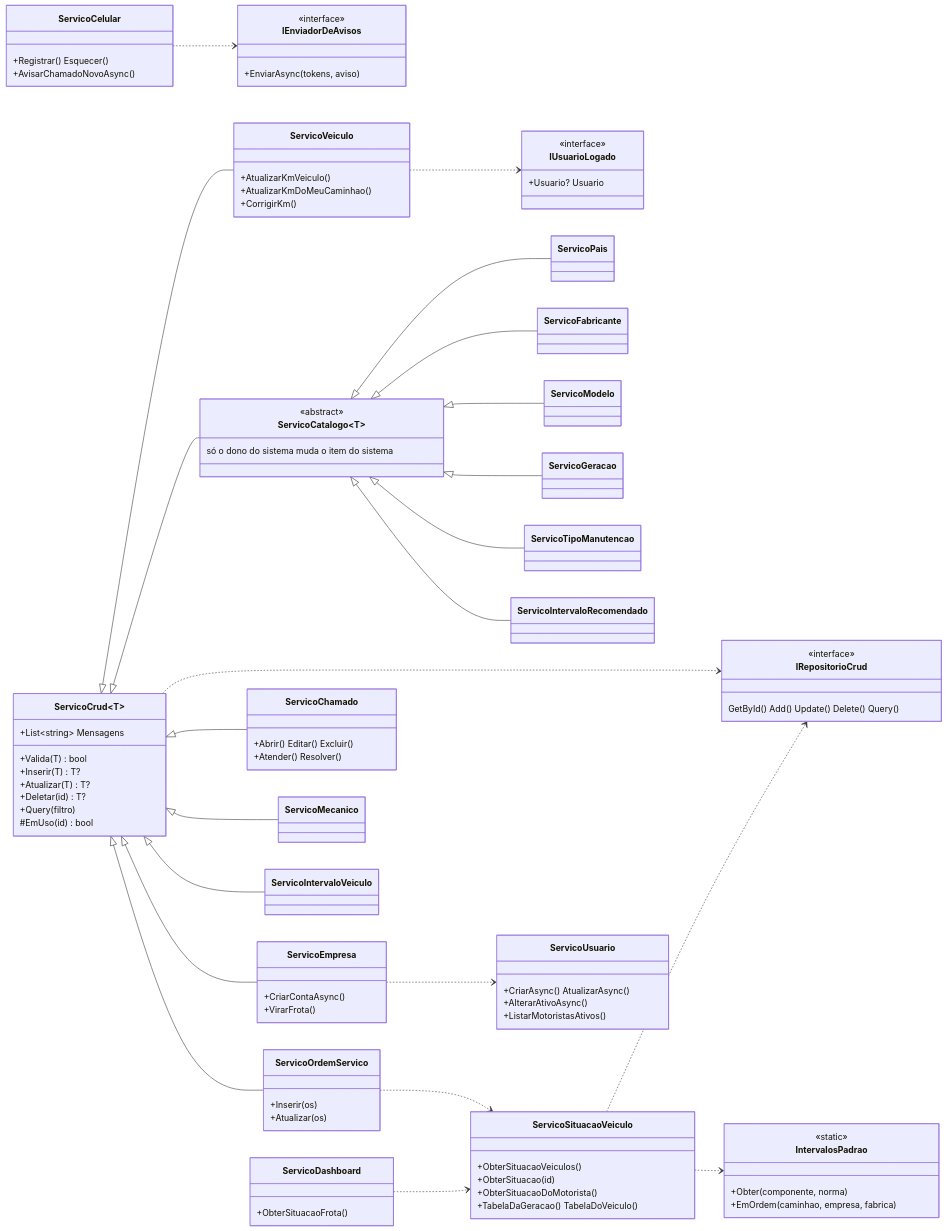
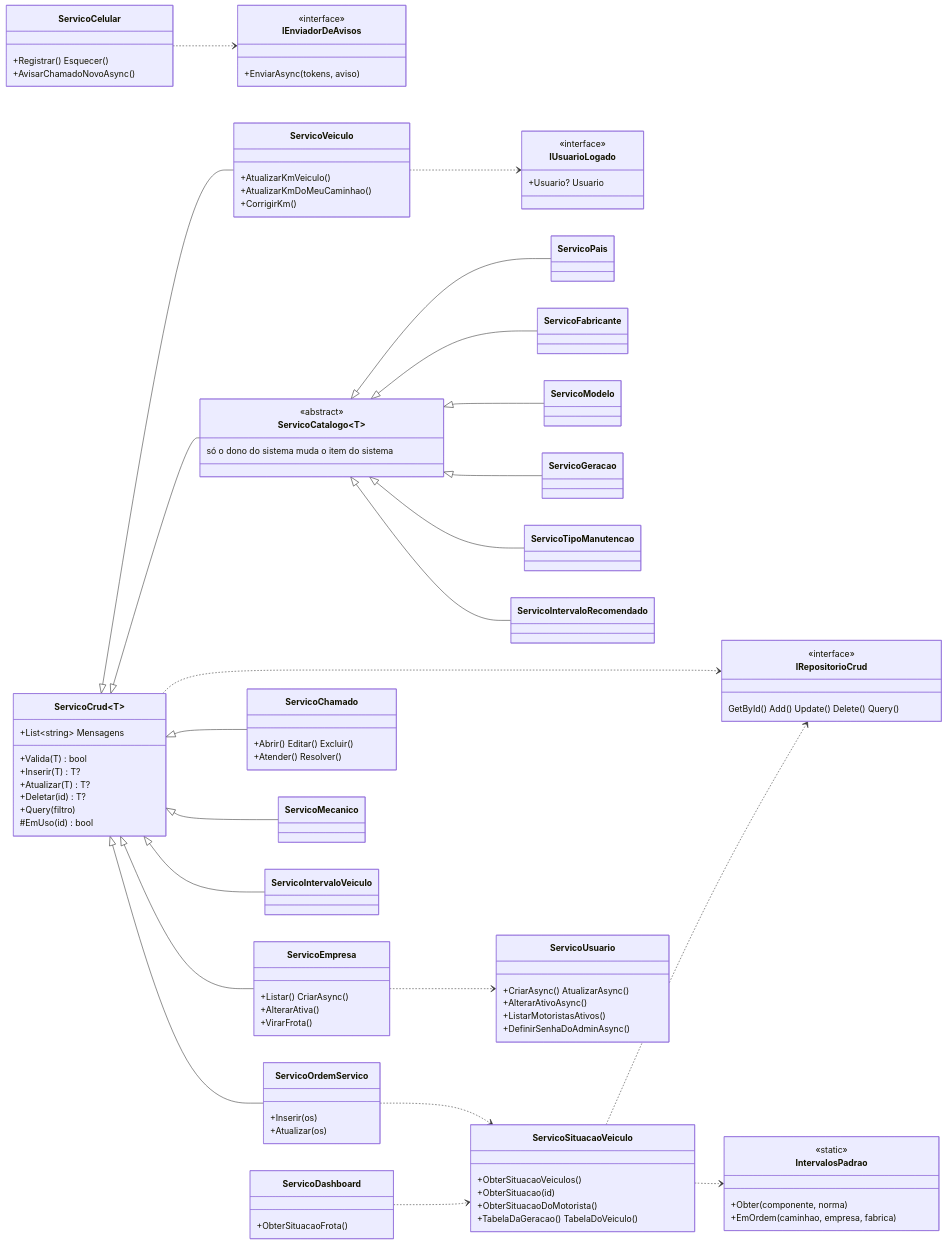
One commit to LeandroPoletti/CheckTruck changed the fourth of 4 diagrams in docs/dominio.md. Above: the diagram before and after it, drawn with Mermaid. The commit also changed other lines of this file and 38 other files, not shown here.

Commit message:
Empresas cadastradas pelo dono do sistema e fim do Criar conta

```diff
--- a/docs/dominio.md
+++ b/docs/dominio.md
@@ -271,13 +273,15 @@
         +CriarAsync() AtualizarAsync()
         +AlterarAtivoAsync()
         +ListarMotoristasAtivos()
+        +DefinirSenhaDoAdminAsync()
     }
     class ServicoCelular {
         +Registrar() Esquecer()
         +AvisarChamadoNovoAsync()
     }
     class ServicoEmpresa {
-        +CriarContaAsync()
+        +Listar() CriarAsync()
+        +AlterarAtiva()
         +VirarFrota()
     }
 
```
